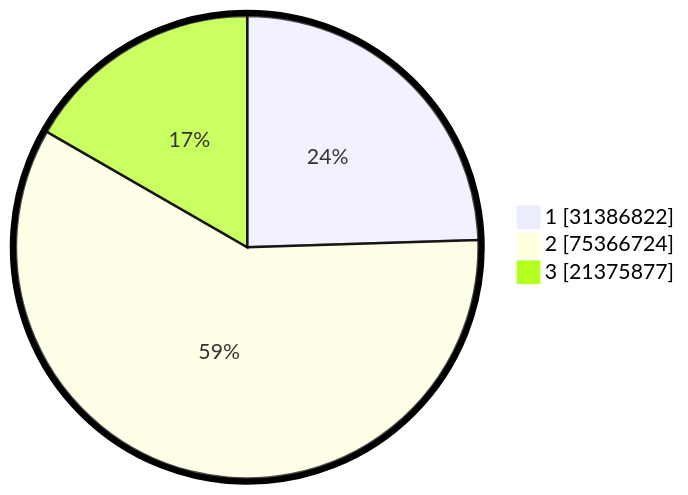
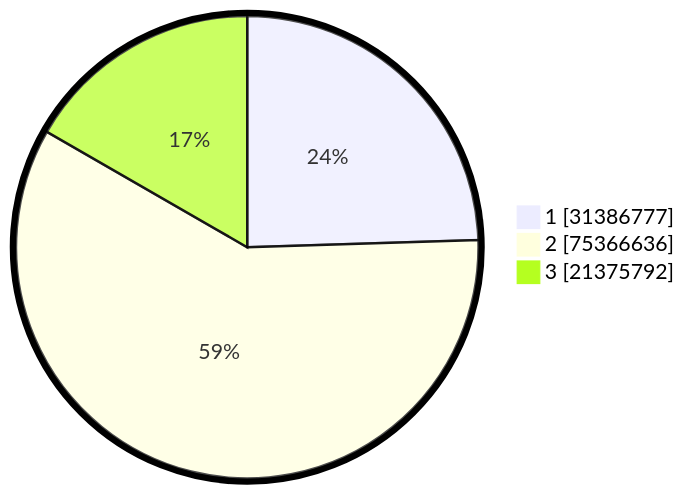
One commit to gigit-pemilu/pemilu-2024 changed the second of 2 diagrams in pilpres/hitung-suara/README.md. Above: the diagram before and after it, drawn with Mermaid. The commit also changed other lines of this file and 7 other files, not shown here.

````diff
--- a/pilpres/hitung-suara/README.md
+++ b/pilpres/hitung-suara/README.md
@@ -93,7 +93,7 @@
 ```mermaid
 %%{init: {"pie": {"textPosition": 0.5}, "themeVariables": {"pieOuterStrokeWidth": "5px"}} }%%
 pie showData
-    "1" : 31386822
-    "2" : 75366724
-    "3" : 21375877
+    "1" : 31386777
+    "2" : 75366636
+    "3" : 21375792
 ```
````
